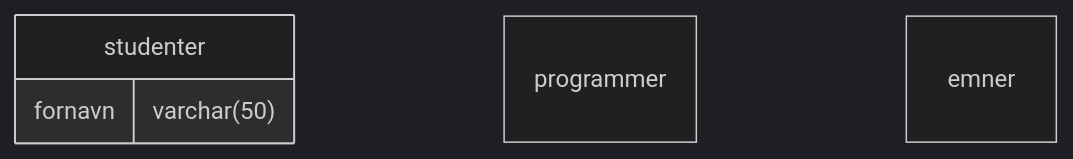
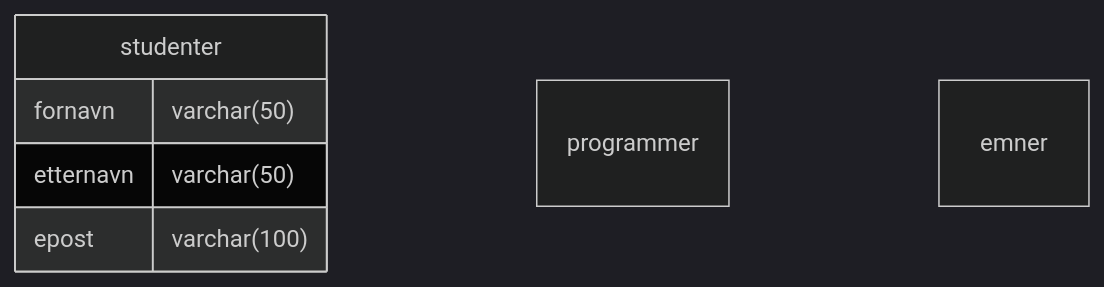
One commit to digitnow/data1500-forelesning changed the second of 3 diagrams in forelesning05/forelesningsnotat-fra-modell-til-database.md. Above: the diagram before and after it, drawn with Mermaid (dark theme). The commit also changed other lines of this file, not shown here.

````diff
--- a/forelesning05/forelesningsnotat-fra-modell-til-database.md
+++ b/forelesning05/forelesningsnotat-fra-modell-til-database.md
@@ -53,6 +65,10 @@
 ```mermaid
 erDiagram
-    studenter {fornavn varchar(50) }
+    studenter {
+    	fornavn varchar(50) 
+    	etternavn varchar(50)
+    	epost varchar(100)
+    }
     programmer {}
     emner {}
 ```
````
